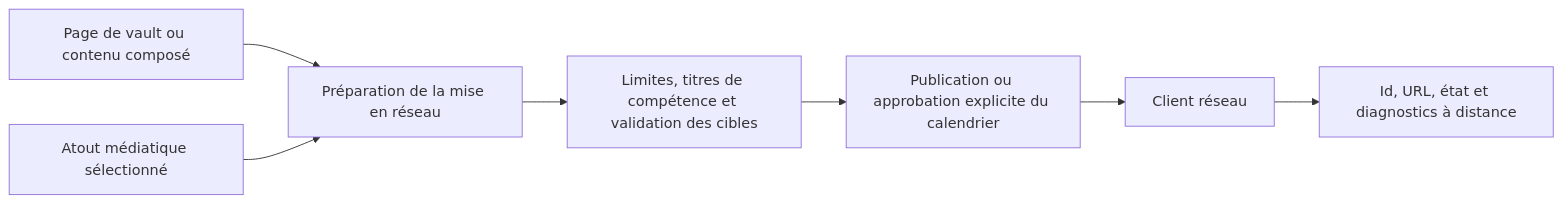
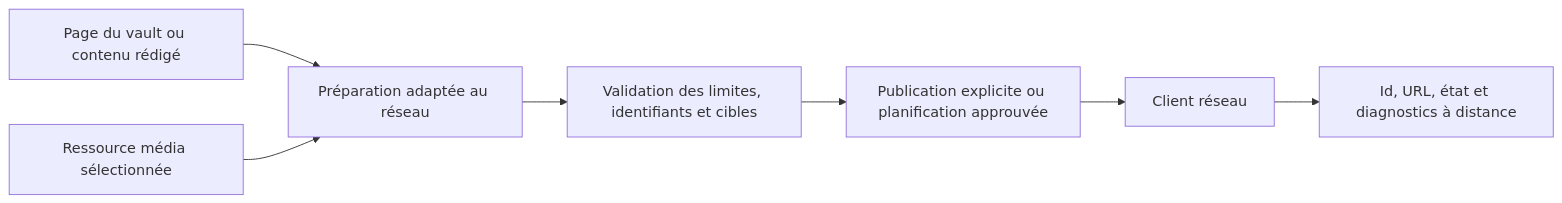
Before and after one commit to ismigar/Gnosi: the diagram in docs/engineering-fr/domains/social-publishing.md, drawn with Mermaid. The commit also changed other lines of this file and 96 other files, not shown here.

````diff
--- a/docs/engineering-fr/domains/social-publishing.md
+++ b/docs/engineering-fr/domains/social-publishing.md
@@ -43,9 +69,9 @@
 ```mermaid
 flowchart LR
-    Source["Page de vault ou contenu composé"] --> Prepare["Préparation de la mise en réseau"]
-    Media["Atout médiatique sélectionné"] --> Prepare
-    Prepare --> Validate["Limites, titres de compétence et validation des cibles"]
-    Validate --> Confirm["Publication ou approbation explicite du calendrier"]
+    Source["Page du vault ou contenu rédigé"] --> Prepare["Préparation adaptée au réseau"]
+    Media["Ressource média sélectionnée"] --> Prepare
+    Prepare --> Validate["Validation des limites, identifiants et cibles"]
+    Validate --> Confirm["Publication explicite ou planification approuvée"]
     Confirm --> Adapter["Client réseau"]
     Adapter --> Result["Id, URL, état et diagnostics à distance"]
 ```
````
